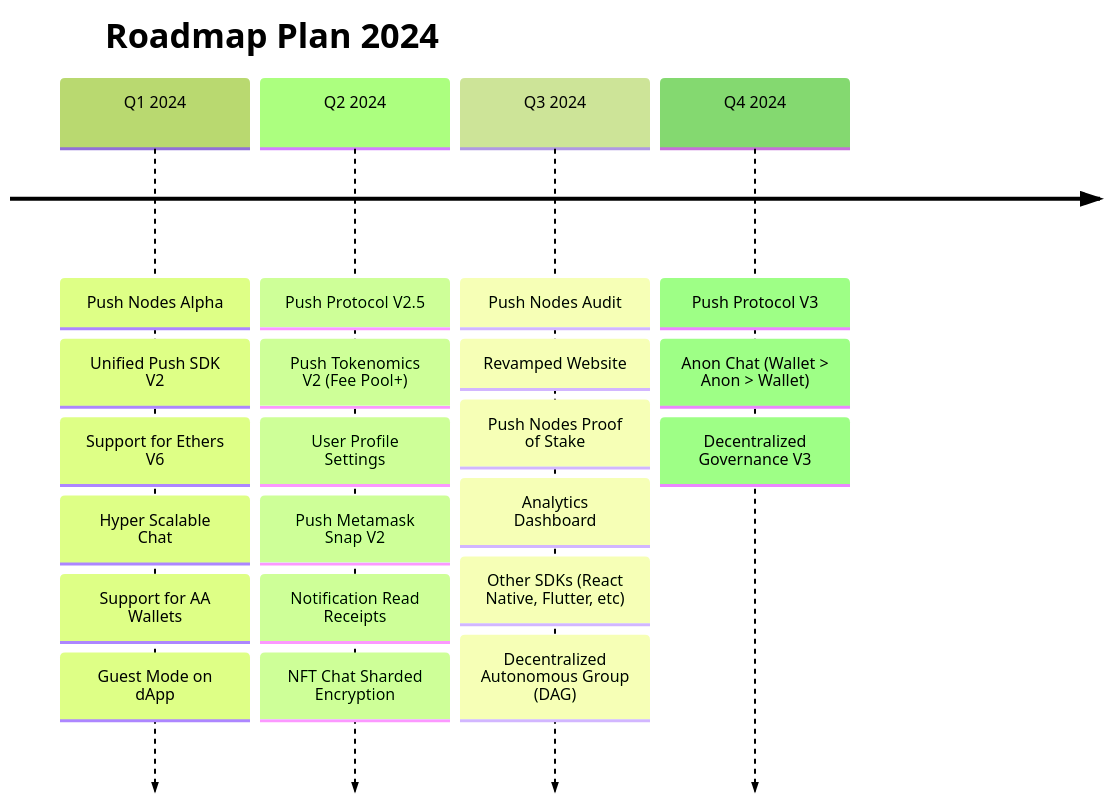
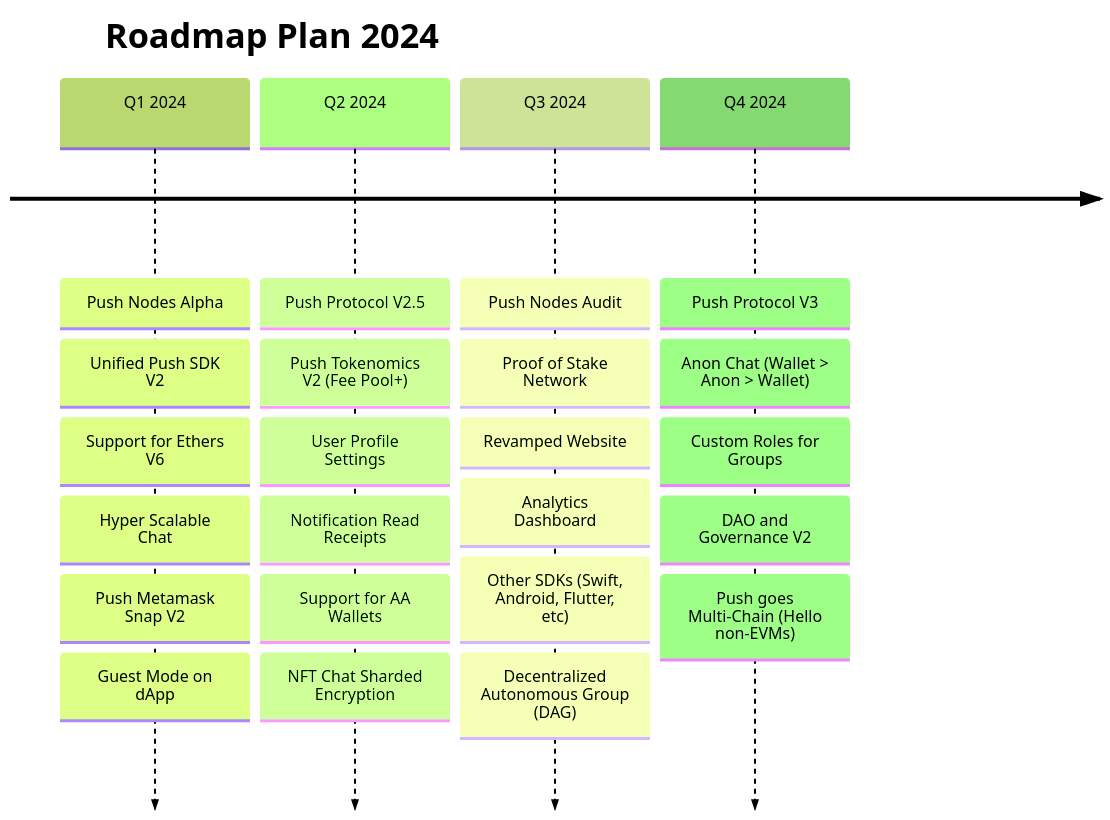
The diagram in docs/roadmap/01-Push-Roadmap.mdx (push-protocol/push-website), drawn with Mermaid (forest theme) before and after one commit. The commit also changed other lines of this file and 1 other file, not shown here.

Commit message:
Completed Live Roadmap

````diff
--- a/docs/roadmap/01-Push-Roadmap.mdx
+++ b/docs/roadmap/01-Push-Roadmap.mdx
@@ -17,25 +17,27 @@
 ```mermaid
 timeline
     title Roadmap Plan 2024
     Q1 2024 : Push Nodes Alpha
             : Unified Push SDK V2
             : Support for Ethers V6
             : Hyper Scalable Chat
-            : Support for AA Wallets
+            : Push Metamask Snap V2
             : Guest Mode on dApp
     Q2 2024 : Push Protocol V2.5
             : Push Tokenomics V2 (Fee Pool+)
             : User Profile Settings
-            : Push Metamask Snap V2
             : Notification Read Receipts
+            : Support for AA Wallets
             : NFT Chat Sharded Encryption
     Q3 2024 : Push Nodes Audit
+            : Proof of Stake Network
             : Revamped Website
-            : Push Nodes Proof of Stake
             : Analytics Dashboard
-            : Other SDKs (React Native, Flutter, etc)
+            : Other SDKs (Swift, Android, Flutter, etc)
             : Decentralized Autonomous Group (DAG)
     Q4 2024 : Push Protocol V3
             : Anon Chat (Wallet > Anon > Wallet)
-            : Decentralized Governance V3
+            : Custom Roles for Groups
+            : DAO and Governance V2
+            : Push goes Multi-Chain (Hello non-EVMs)
 ```
````
